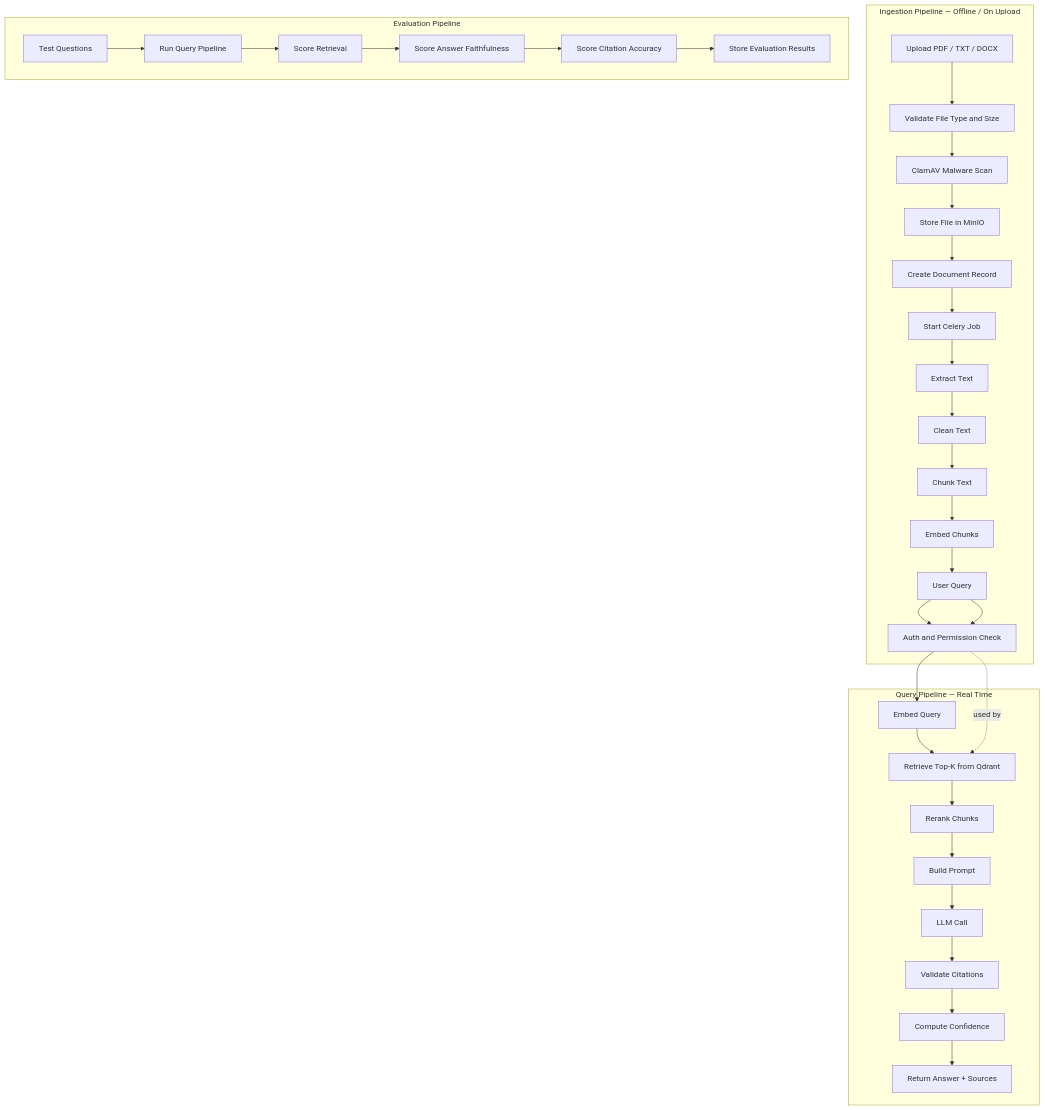
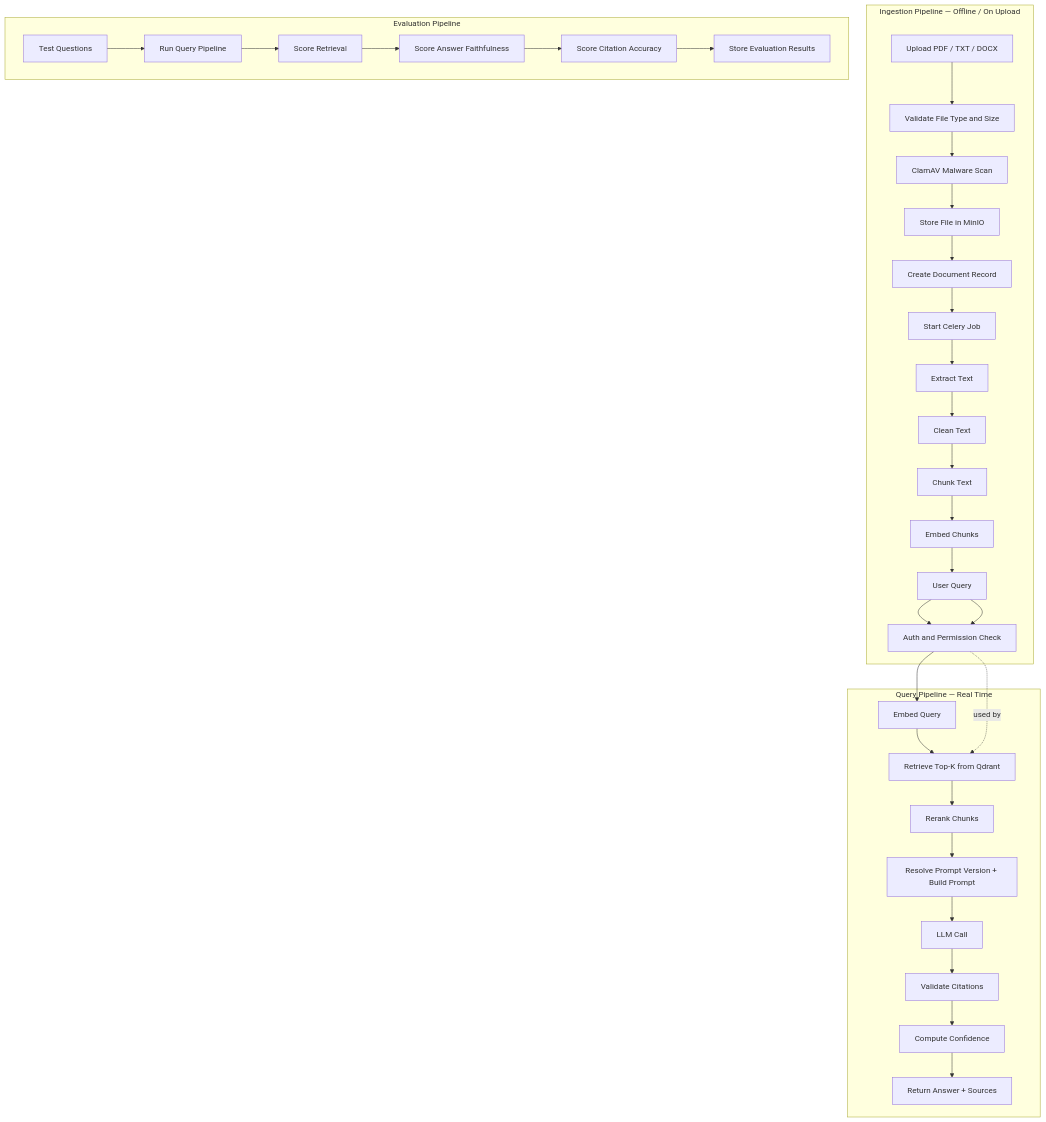
Before and after one commit to meghrazchi/rudix: the first of 4 diagrams in docs/03_RAG_WORKFLOW.md, drawn with Mermaid. The commit also changed other lines of this file and 42 other files, not shown here.

````diff
--- a/docs/03_RAG_WORKFLOW.md
+++ b/docs/03_RAG_WORKFLOW.md
@@ -7,44 +7,44 @@
 ```mermaid
 flowchart TD
     subgraph Ingestion["Ingestion Pipeline — Offline / On Upload"]
         A[Upload PDF / TXT / DOCX]
         B[Validate File Type and Size]
         C[ClamAV Malware Scan]
         D[Store File in MinIO]
         E[Create Document Record]
         F[Start Celery Job]
         G[Extract Text]
         H[Clean Text]
         I[Chunk Text]
         J[Embed Chunks]
         K[Store Metadata in PostgreSQL]
         L[Store Vectors in Qdrant]
     end
 
     subgraph Query["Query Pipeline — Real Time"]
         K[User Query]
         L[Auth and Permission Check]
         M[Embed Query]
         N[Retrieve Top-K from Qdrant]
         O[Rerank Chunks]
-        P[Build Prompt]
+        P[Resolve Prompt Version + Build Prompt]
         Q[LLM Call]
         R[Validate Citations]
         S[Compute Confidence]
         T[Return Answer + Sources]
     end
 
     subgraph Evaluation["Evaluation Pipeline"]
         U[Test Questions]
         V[Run Query Pipeline]
         W[Score Retrieval]
         X[Score Answer Faithfulness]
         Y[Score Citation Accuracy]
         Z[Store Evaluation Results]
     end
 
     A --> B --> C --> D --> E --> F --> G --> H --> I --> J --> K --> L
     K --> L --> M --> N --> O --> P --> Q --> R --> S --> T
     U --> V --> W --> X --> Y --> Z
     L -. used by .-> N
 ```
````
